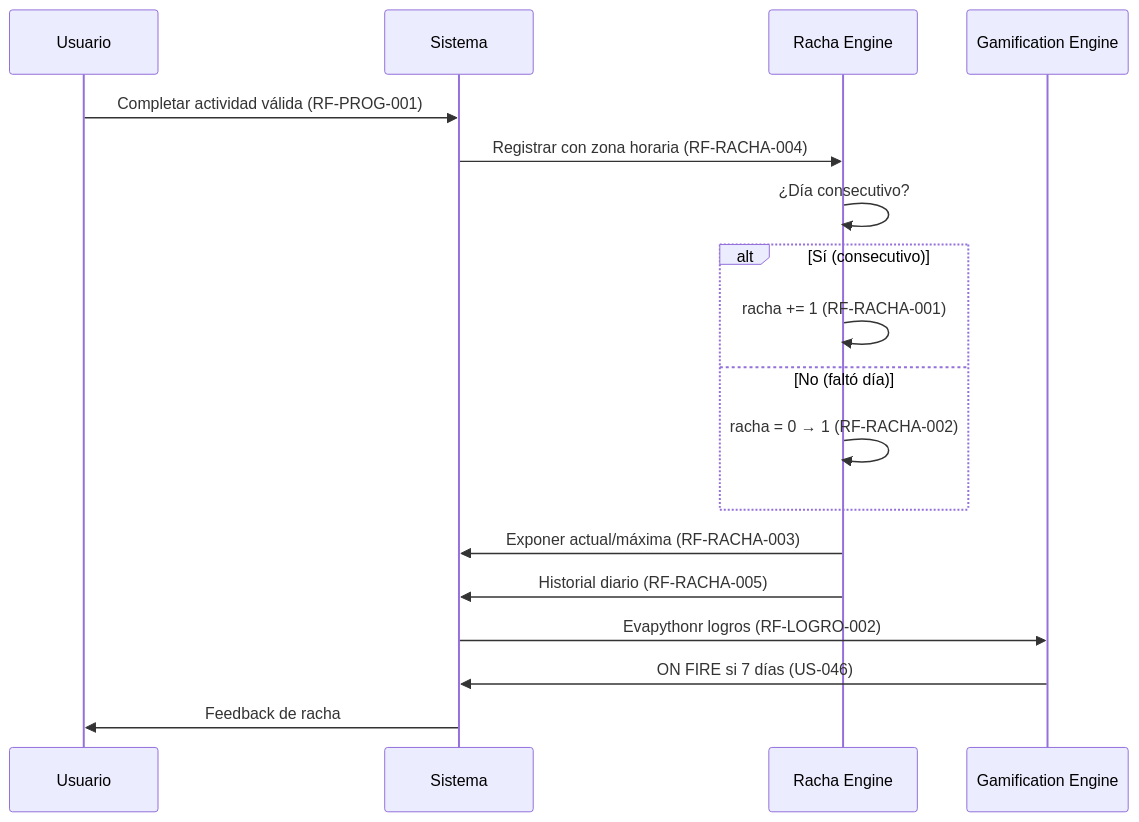
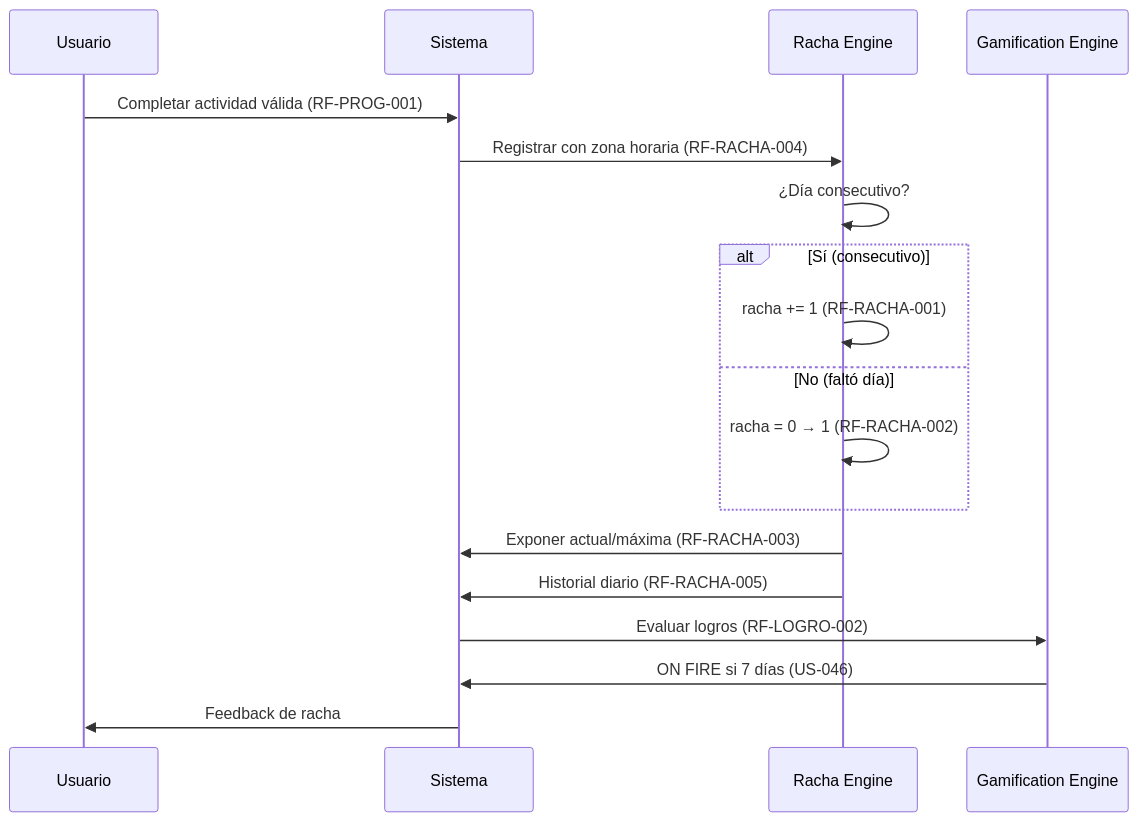
One commit to dypok/Koda changed diagram 12 of 17 in docs/02-requisitos-ux/09_USER_FLOWS.md. Above: the diagram before and after it, drawn with Mermaid. The commit also changed other lines of this file and 36 other files, not shown here.

````diff
--- a/docs/02-requisitos-ux/09_USER_FLOWS.md
+++ b/docs/02-requisitos-ux/09_USER_FLOWS.md
@@ -699,21 +699,21 @@
 ```mermaid
 sequenceDiagram
     participant U as Usuario
     participant S as Sistema
     participant R as Racha Engine
     participant G as Gamification Engine
 
     U->>S: Completar actividad válida (RF-PROG-001)
     S->>R: Registrar con zona horaria (RF-RACHA-004)
     R->>R: ¿Día consecutivo?
     alt Sí (consecutivo)
         R->>R: racha += 1 (RF-RACHA-001)
     else No (faltó día)
         R->>R: racha = 0 → 1 (RF-RACHA-002)
     end
     R->>S: Exponer actual/máxima (RF-RACHA-003)
     R->>S: Historial diario (RF-RACHA-005)
-    S->>G: Evapythonr logros (RF-LOGRO-002)
+    S->>G: Evaluar logros (RF-LOGRO-002)
     G->>S: ON FIRE si 7 días (US-046)
     S->>U: Feedback de racha
 ```
````
